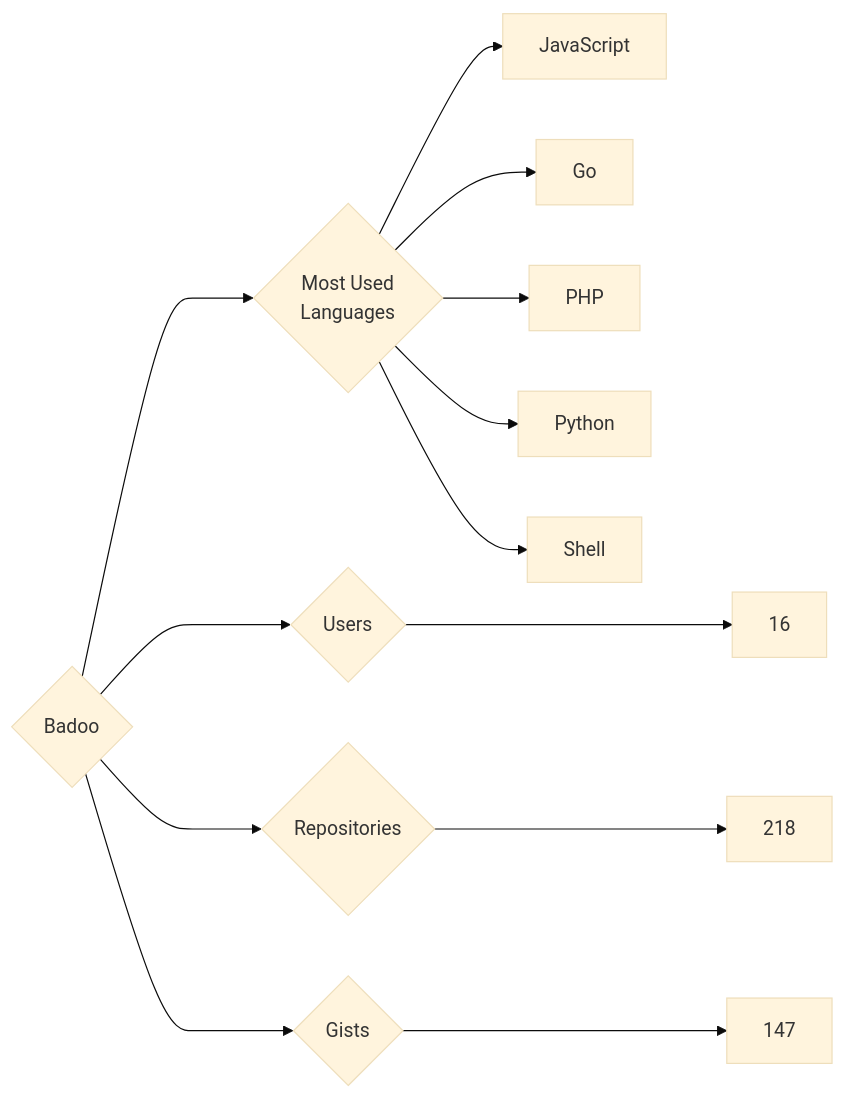
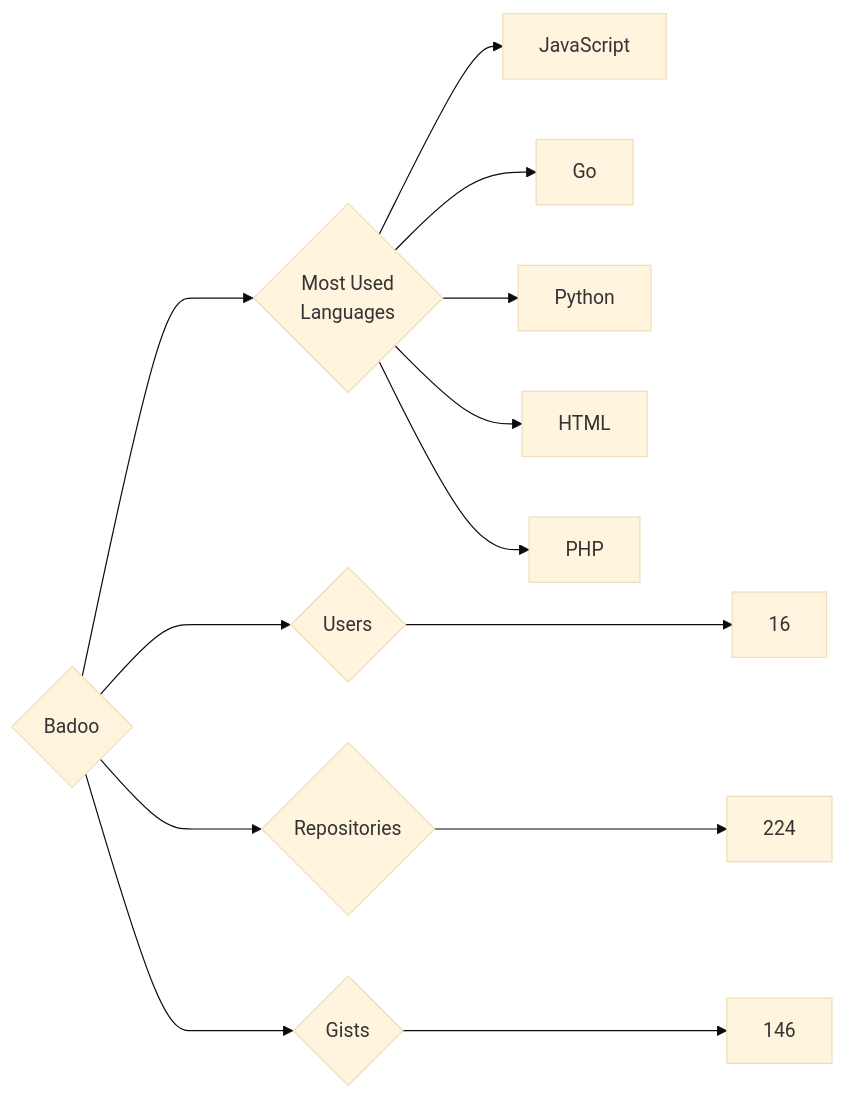
Before and after one commit to trickest/insiders: the diagram in targets/Badoo/README.md, drawn with Mermaid (base theme). The commit also changed 932 other files, not shown here.

````diff
--- a/targets/Badoo/README.md
+++ b/targets/Badoo/README.md
@@ -3,13 +3,13 @@
 ```mermaid
 graph LR
 COMPANY_NAME{Badoo}
 COMPANY_NAME ---> U{Users} ---> UN[16]
-COMPANY_NAME ---> R{Repositories} ---> RN[218]
-COMPANY_NAME ---> G{Gists} ---> GN[147]
+COMPANY_NAME ---> R{Repositories} ---> RN[224]
+COMPANY_NAME ---> G{Gists} ---> GN[146]
 COMPANY_NAME ---> ML{Most Used<br>Languages}
 ML --> JavaScript[JavaScript]
 ML --> Go[Go]
+ML --> Python[Python]
+ML --> HTML[HTML]
 ML --> PHP[PHP]
-ML --> Python[Python]
-ML --> Shell[Shell]
 ```
````
